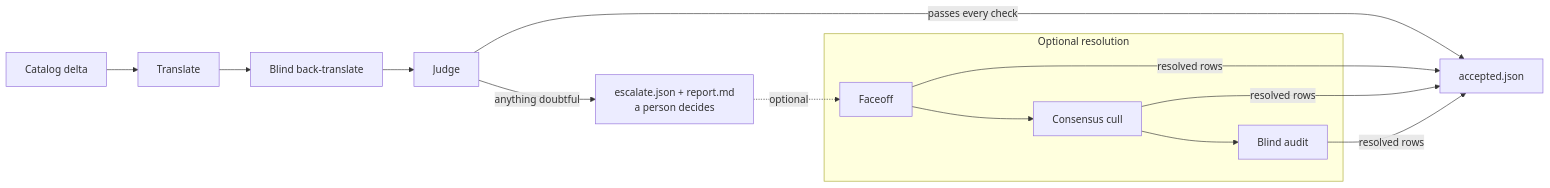
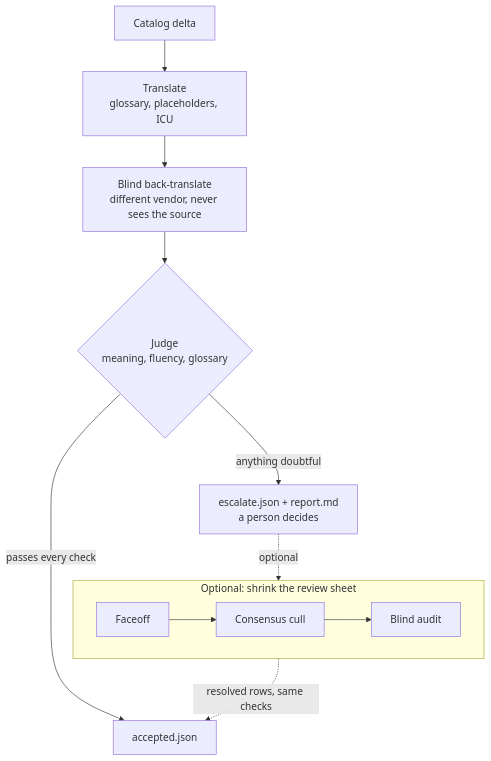
The diagram in README.md (WildConstruct/localization-council), drawn with Mermaid before and after one commit.

Commit message:
docs: top-down pipeline diagram

````diff
--- a/README.md
+++ b/README.md
@@ -29,15 +29,14 @@
 ```mermaid
-flowchart LR
-    A[Catalog delta] --> B[Translate]
-    B --> C[Blind back-translate]
-    C --> D[Judge]
+flowchart TD
+    A[Catalog delta] --> B[Translate<br/>glossary, placeholders, ICU]
+    B --> C[Blind back-translate<br/>different vendor, never sees the source]
+    C --> D{Judge<br/>meaning, fluency, glossary}
     D -->|passes every check| E[accepted.json]
     D -->|anything doubtful| F[escalate.json + report.md<br/>a person decides]
-    subgraph Optional resolution
+    F -. optional .-> G
+    subgraph opt [Optional: shrink the review sheet]
+        direction LR
         G[Faceoff] --> H[Consensus cull] --> I[Blind audit]
     end
-    F -. optional .-> G
-    G -->|resolved rows| E
-    H -->|resolved rows| E
-    I -->|resolved rows| E
+    opt -. resolved rows, same checks .-> E
 ```
````
